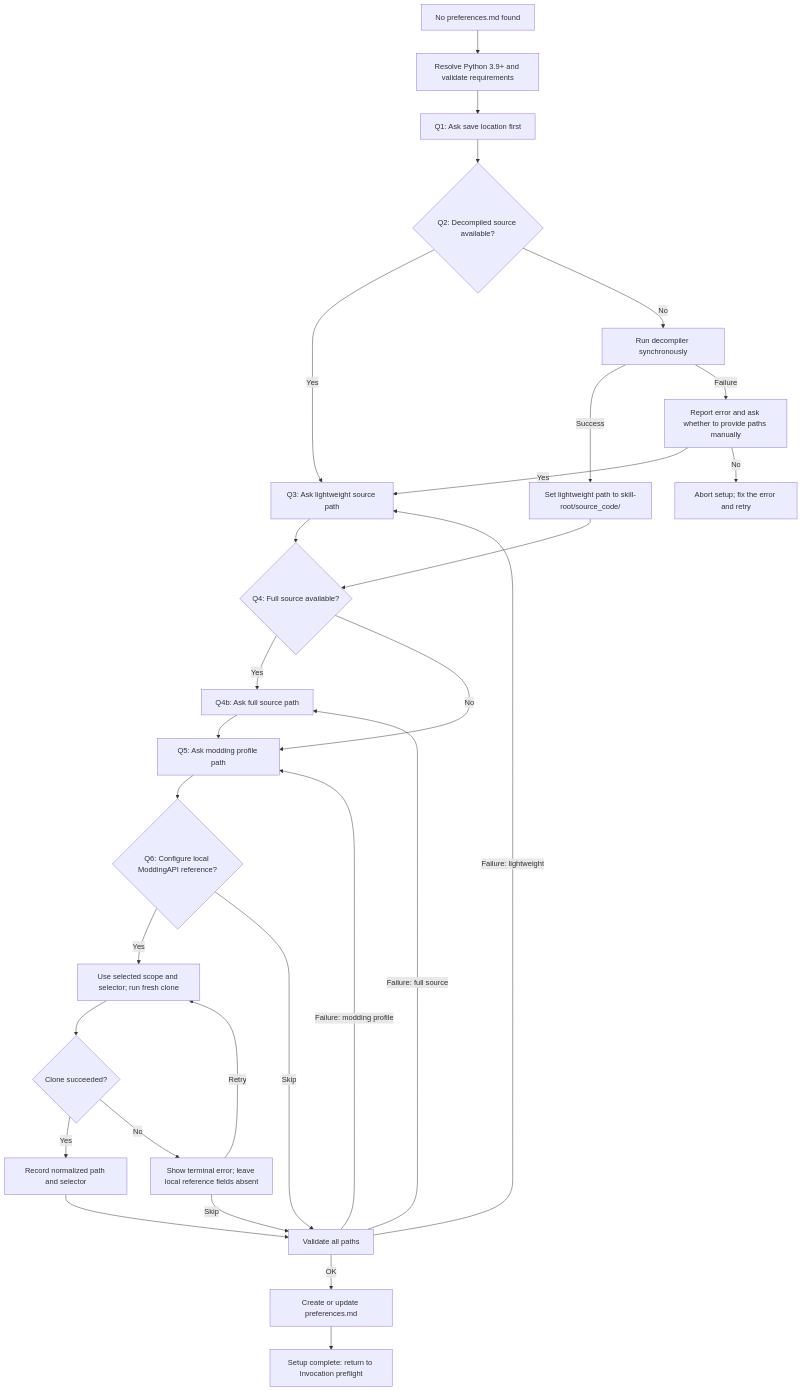
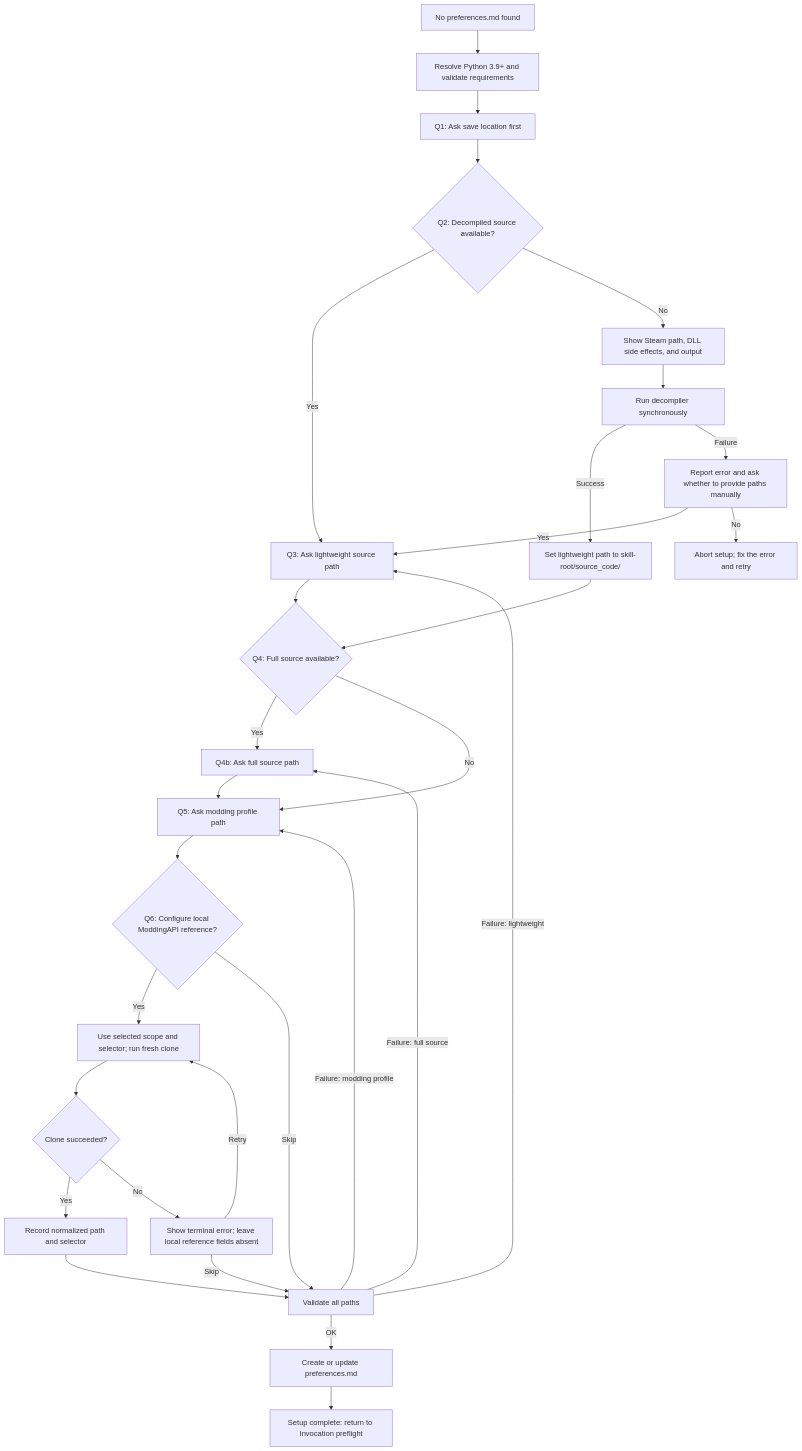
The diagram in skills/blasphemous-modding-helper/references/config/first-time-setup.md (EltonZhang777/Blasphemous.ModdingHelper.Skill), drawn with Mermaid before and after one commit. The commit also changed other lines of this file and 2 other files, not shown here.

First line of the commit message:
docs(setup): clarify decompiler safety boundaries

````diff
--- a/skills/blasphemous-modding-helper/references/config/first-time-setup.md
+++ b/skills/blasphemous-modding-helper/references/config/first-time-setup.md
@@ -24,36 +24,37 @@
 ```mermaid
 flowchart TD
     Start["No preferences.md found"] --> Runtime["Resolve Python 3.9+ and validate requirements"]
     Runtime --> Q1["Q1: Ask save location first"]
     Q1 --> Q2{"Q2: Decompiled source available?"}
 
     Q2 -->|Yes| Q3["Q3: Ask lightweight source path"]
-    Q2 -->|No| Decompile["Run decompiler synchronously"]
+    Q2 -->|No| Preview["Show Steam path, DLL side effects, and output"]
+    Preview --> Decompile["Run decompiler synchronously"]
 
     Decompile -->|Success| AutoLight["Set lightweight path to skill-root/source_code/"]
     Decompile -->|Failure| DecompileError["Report error and ask whether to provide paths manually"]
     DecompileError -->|Yes| Q3
     DecompileError -->|No| Abort["Abort setup; fix the error and retry"]
 
     Q3 --> Q4{"Q4: Full source available?"}
     AutoLight --> Q4
     Q4 -->|Yes| Q4b["Q4b: Ask full source path"]
     Q4 -->|No| Q5["Q5: Ask modding profile path"]
     Q4b --> Q5
 
     Q5 --> Q6{"Q6: Configure local ModdingAPI reference?"}
     Q6 -->|Yes| Clone["Use selected scope and selector; run fresh clone"]
     Q6 -->|Skip| Validate["Validate all paths"]
     Clone --> CloneResult{"Clone succeeded?"}
     CloneResult -->|Yes| Record["Record normalized path and selector"]
     CloneResult -->|No| CloneError["Show terminal error; leave local reference fields absent"]
     CloneError -->|Retry| Clone
     CloneError -->|Skip| Validate
     Record --> Validate
 
     Validate -->|Failure: lightweight| Q3
     Validate -->|Failure: full source| Q4b
     Validate -->|Failure: modding profile| Q5
     Validate -->|OK| Save["Create or update preferences.md"]
     Save --> Complete["Setup complete: return to Invocation preflight"]
 ```
````
